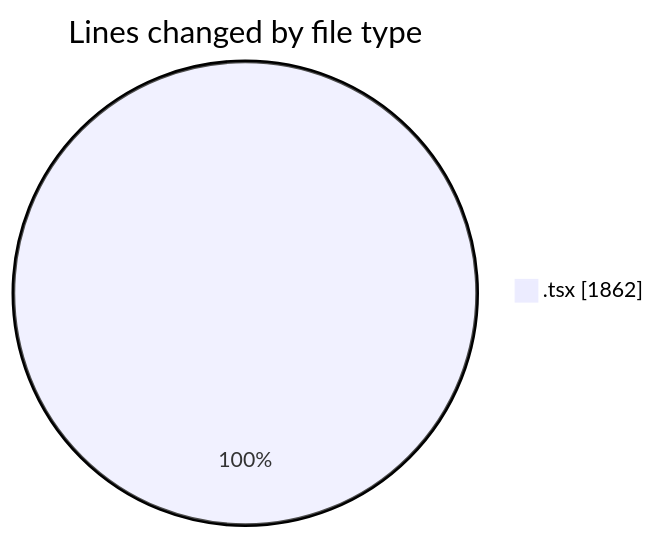
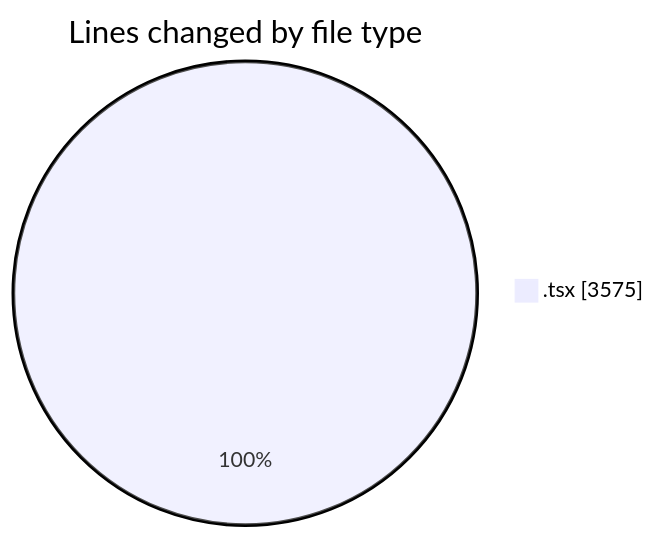
One commit to momahboobian/code-tracking changed the first of 2 diagrams in 2026-08-06/cda/README.md. Above: the diagram before and after it, drawn with Mermaid. The commit also changed other lines of this file and 1 other file, not shown here.

````diff
--- a/2026-08-06/cda/README.md
+++ b/2026-08-06/cda/README.md
@@ -26,5 +29,5 @@
 ```mermaid
 pie showData
 title Lines changed by file type
-".tsx" : 1862
+".tsx" : 3575
 ```
````
